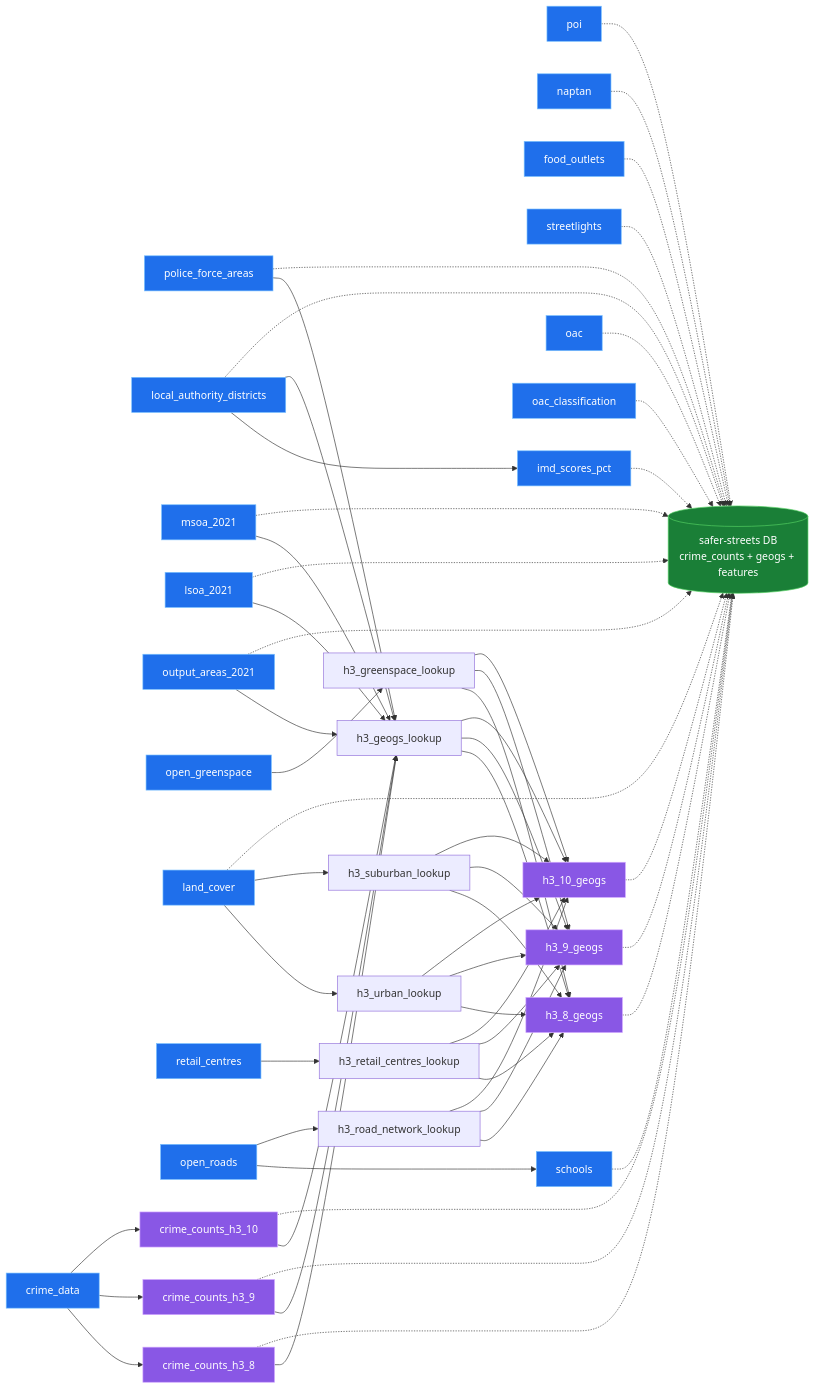
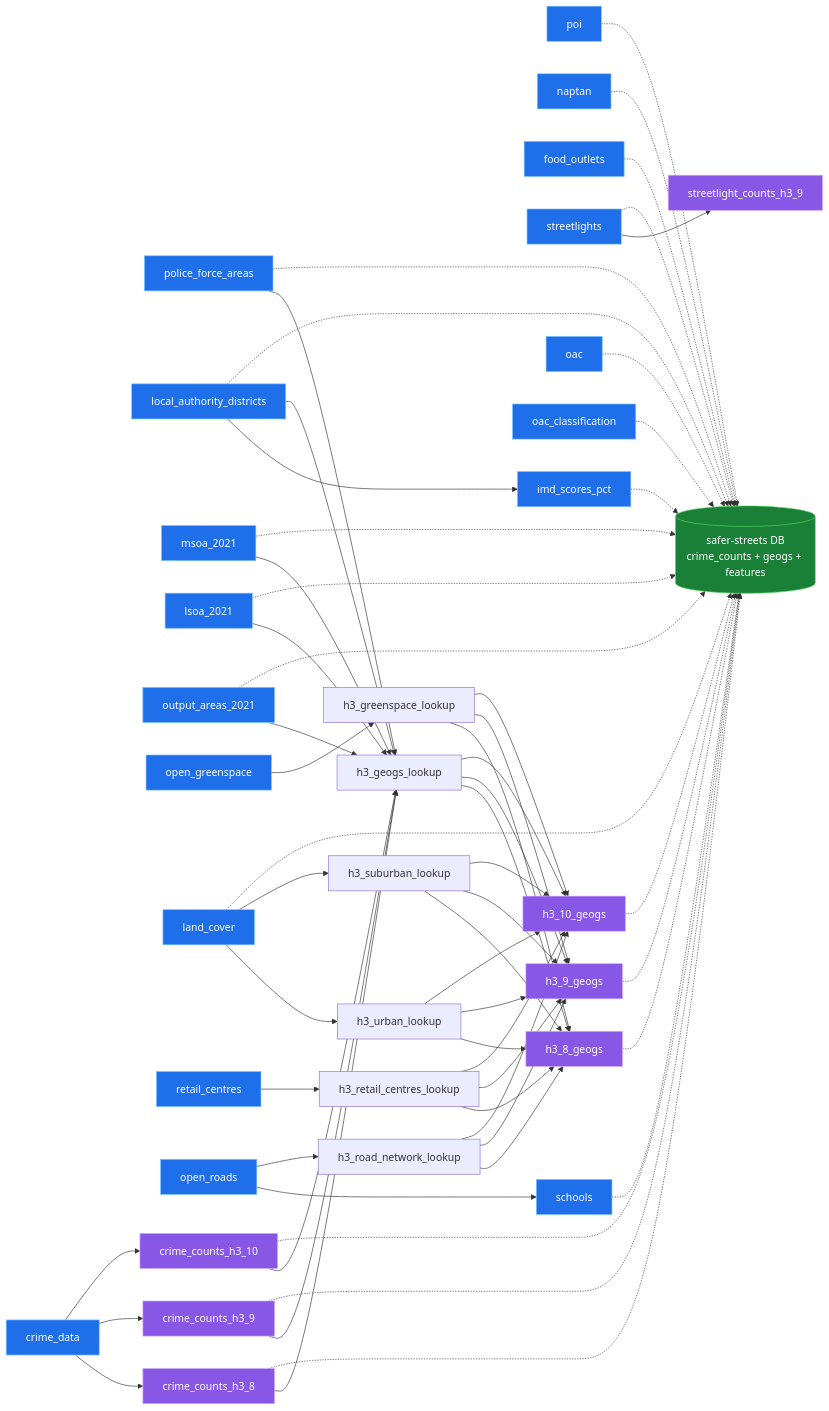
Before and after one commit to safer-streets/safer-streets-tooling: the diagram in README.md, drawn with Mermaid. The commit also changed other lines of this file and 3 other files, not shown here.

````diff
--- a/README.md
+++ b/README.md
@@ -67,6 +67,7 @@
    crime_counts_h3_8
    crime_counts_h3_9
    crime_counts_h3_10
+   streetlight_counts_h3_9
    h3_geogs_lookup
    h3_greenspace_lookup
    h3_urban_lookup
@@ -88,6 +89,7 @@
     crime_data --> crime_counts_h3_8
     crime_data --> crime_counts_h3_9
     crime_data --> crime_counts_h3_10
+    streetlights --> streetlight_counts_h3_9
     crime_counts_h3_8 --> h3_geogs_lookup
     crime_counts_h3_9 --> h3_geogs_lookup
     crime_counts_h3_10 --> h3_geogs_lookup
@@ -147,6 +149,6 @@
     classDef transform fill:#8957e5,stroke:#d2a8ff,stroke-width:1px,color:#ffffff;
     classDef load fill:#1a7f37,stroke:#56d364,stroke-width:1px,color:#ffffff;
     class crime_data,police_force_areas,local_authority_districts,msoa_2021,lsoa_2021,output_areas_2021,open_greenspace,land_cover,retail_centres,open_roads,poi,naptan,food_outlets,streetlights,schools,imd_scores_pct,oac,oac_classification extract;
-    class crime_counts_h3_8,crime_counts_h3_9,crime_counts_h3_10,h3_8_geogs,h3_9_geogs,h3_10_geogs transform;
+    class crime_counts_h3_8,crime_counts_h3_9,crime_counts_h3_10,streetlight_counts_h3_9,h3_8_geogs,h3_9_geogs,h3_10_geogs transform;
     class database load;
 ```
````
